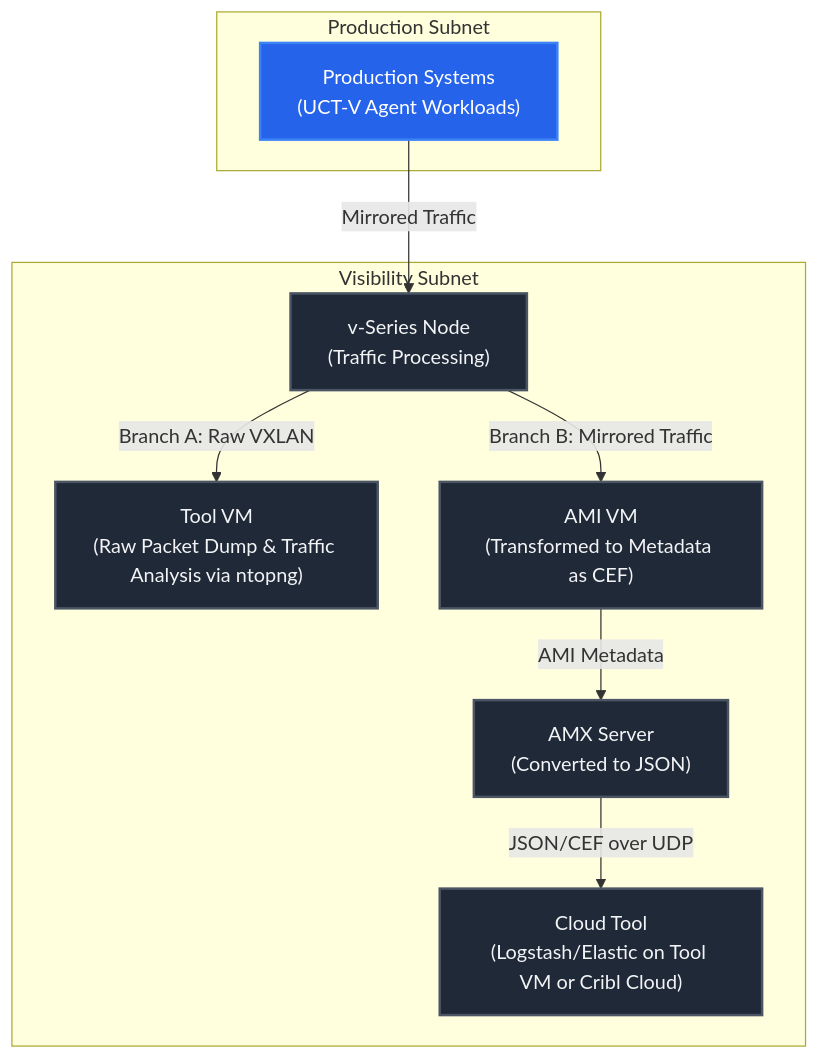
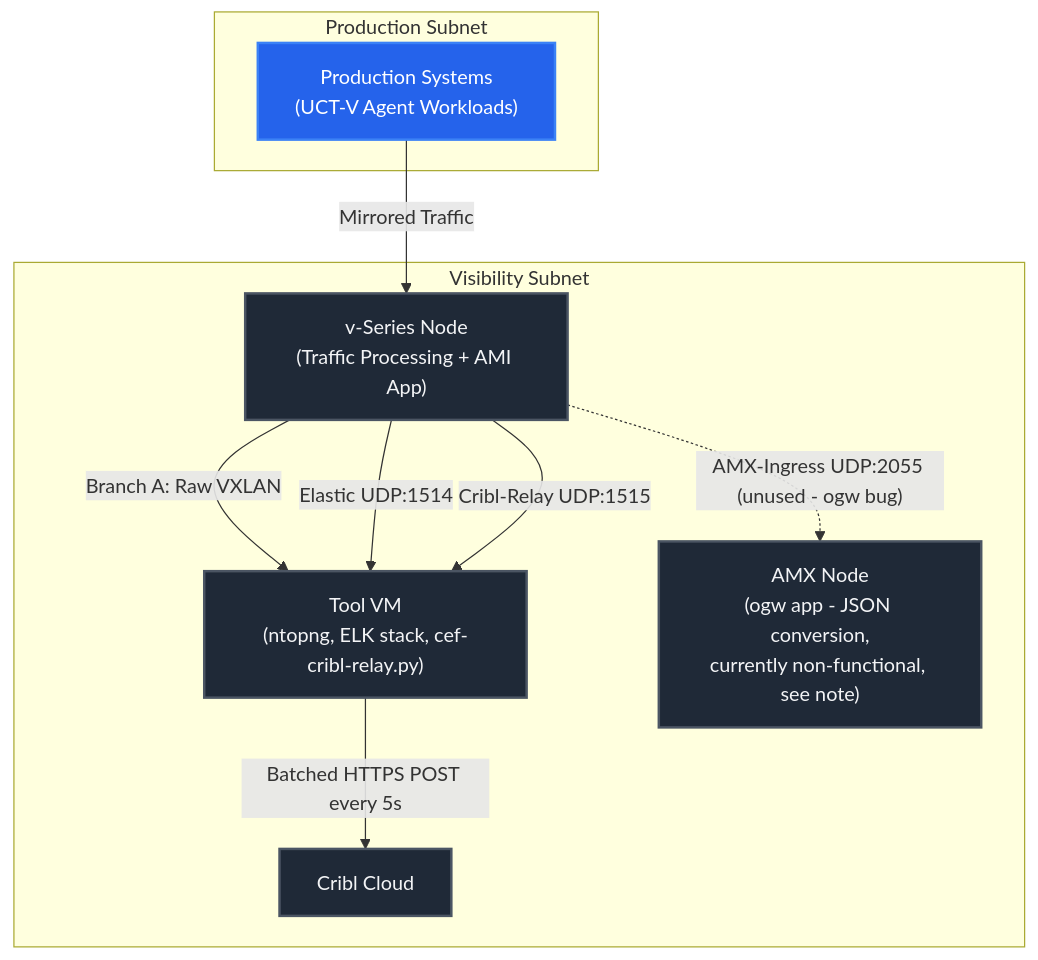
The diagram in README.md (petesyboy/azure-lab), drawn with Mermaid before and after one commit. The commit also changed other lines of this file and 4 other files, not shown here.

````diff
--- a/README.md
+++ b/README.md
@@ -44,31 +44,31 @@
 ```mermaid
 graph TD
     %% Styling
     classDef prod fill:#2563eb,stroke:#3b82f6,stroke-width:2px,color:#ffffff;
     classDef vis fill:#1f2937,stroke:#4b5563,stroke-width:2px,color:#f3f4f6;
 
     subgraph Production Subnet
         Prod["Production Systems<br>(UCT-V Agent Workloads)"]:::prod
     end
 
     subgraph Visibility Subnet
-        vSeries["v-Series Node<br>(Traffic Processing)"]:::vis
+        vSeries["v-Series Node<br>(Traffic Processing + AMI App)"]:::vis
         
-        Tool["Tool VM<br>(Raw Packet Dump & Traffic Analysis via ntopng)"]:::vis
+        Tool["Tool VM<br>(ntopng, ELK stack, cef-cribl-relay.py)"]:::vis
         
-        AMI["AMI VM<br>(Transformed to Metadata as CEF)"]:::vis
-        AMX["AMX Server<br>(Converted to JSON)"]:::vis
-        CloudTool["Cloud Tool<br>(Logstash/Elastic on Tool VM or Cribl Cloud)"]:::vis
+        AMX["AMX Node<br>(ogw app - JSON conversion,<br>currently non-functional, see note)"]:::vis
+        CriblCloud["Cribl Cloud"]:::vis
     end
 
     %% Flow Paths
     Prod -->|Mirrored Traffic| vSeries
     
     %% Branch A: Raw Packets
     vSeries -->|Branch A: Raw VXLAN| Tool
     
-    %% Branch B: Metadata Pipeline
-    vSeries -->|Branch B: Mirrored Traffic| AMI
-    AMI -->|AMI Metadata| AMX
-    AMX -->|JSON/CEF over UDP| CloudTool
+    %% Branch B: Metadata Pipeline (AMI app exports to 3 destinations)
+    vSeries -->|"Elastic UDP:1514"| Tool
+    vSeries -.->|"AMX-Ingress UDP:2055 (unused - ogw bug)"| AMX
+    vSeries -->|"Cribl-Relay UDP:1515"| Tool
+    Tool -->|Batched HTTPS POST every 5s| CriblCloud
 ```
````
